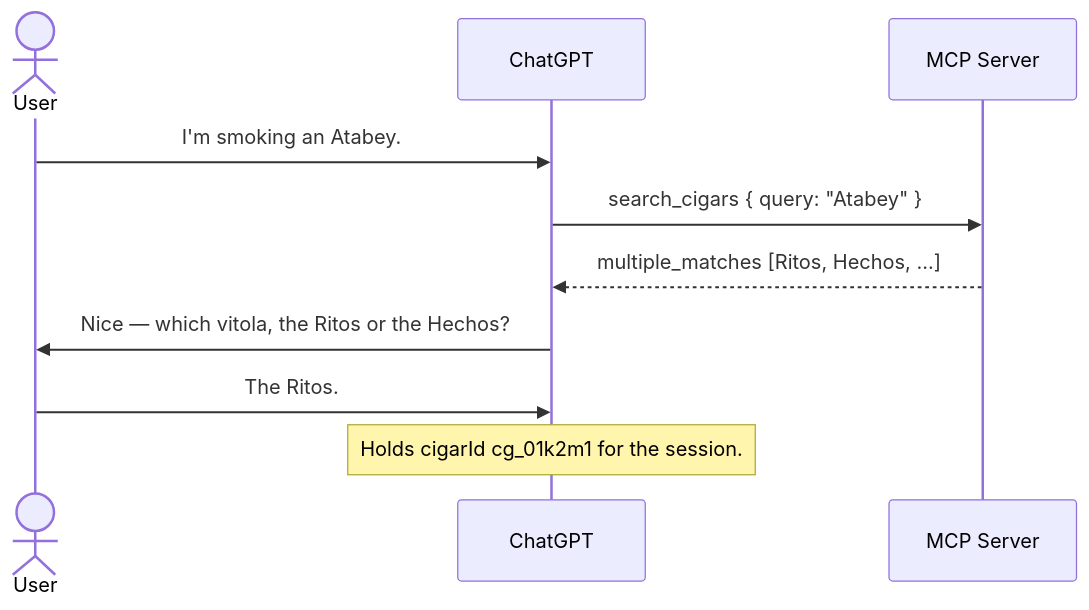
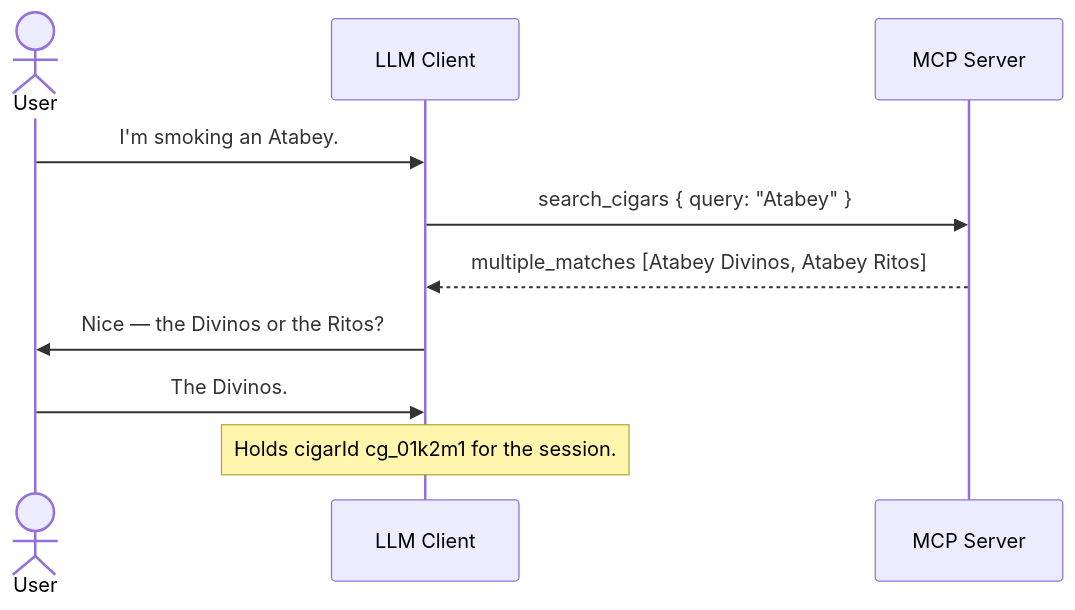
One commit to thaynes43/cigar-journal changed the diagram in docs/flows/002-cigar-resolution.md. Above: the diagram before and after it, drawn with Mermaid. The commit also changed other lines of this file and 19 other files, not shown here.

First line of the commit message:
docs: revision pass from architecture review — client-neutral MCP, retry-safe mutations, relaxed cigar taxonomy

````diff
--- a/docs/flows/002-cigar-resolution.md
+++ b/docs/flows/002-cigar-resolution.md
@@ -19,12 +21,12 @@
 ```mermaid
 sequenceDiagram
     actor U as User
-    participant C as ChatGPT
+    participant C as LLM Client
     participant M as MCP Server
     U->>C: I'm smoking an Atabey.
     C->>M: search_cigars { query: "Atabey" }
-    M-->>C: multiple_matches [Ritos, Hechos, ...]
-    C->>U: Nice — which vitola, the Ritos or the Hechos?
-    U->>C: The Ritos.
+    M-->>C: multiple_matches [Atabey Divinos, Atabey Ritos]
+    C->>U: Nice — the Divinos or the Ritos?
+    U->>C: The Divinos.
     Note over C: Holds cigarId cg_01k2m1 for the session.
 ```
````
